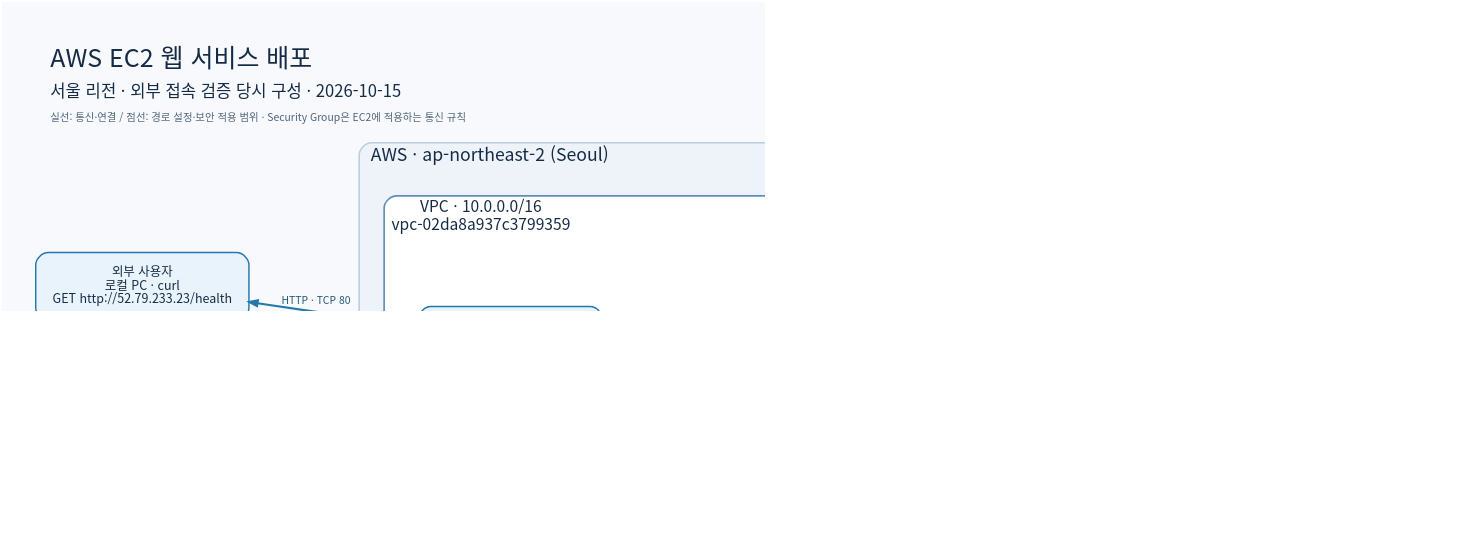
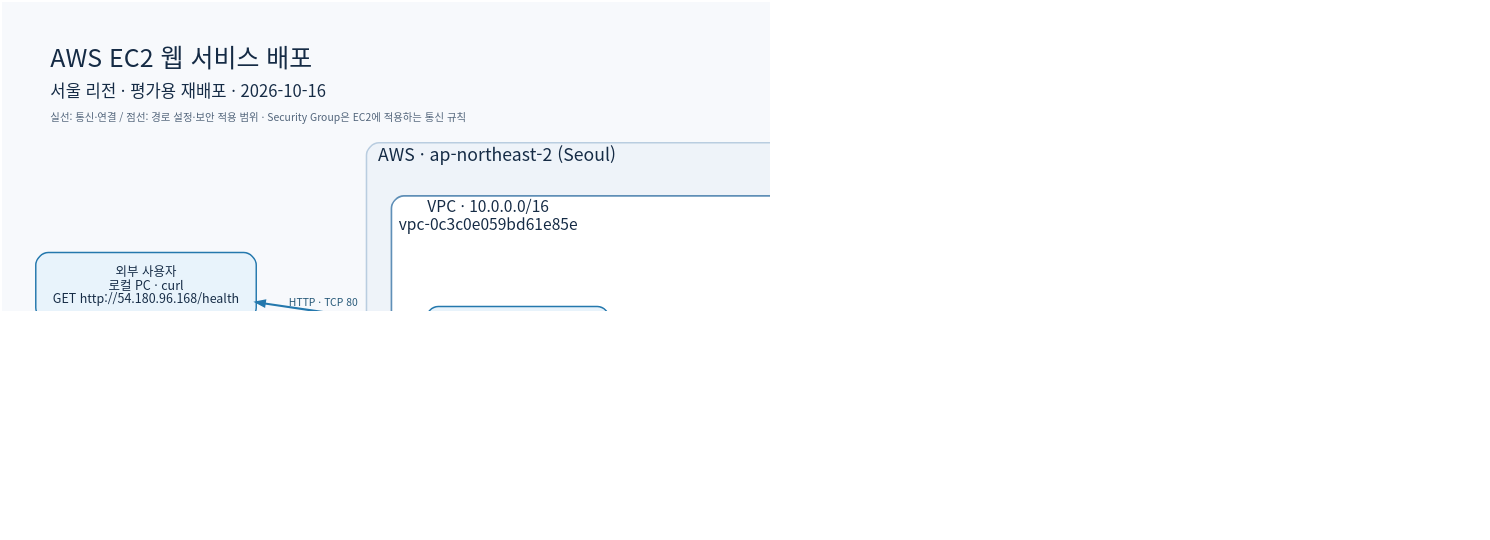
The diagram in docs/diagrams/architecture.dot (ikasoon/codyssey-b3-1), drawn with Graphviz before and after one commit. The commit also changed 8 other files, not shown here.

```diff
--- a/docs/diagrams/architecture.dot
+++ b/docs/diagrams/architecture.dot
@@ -1,56 +1,56 @@
 digraph Architecture {
   graph [
     rankdir=LR, bgcolor="#f7f9fc", pad="0.45", nodesep="0.55", ranksep="0.85",
     fontname="Noto Sans CJK KR", fontsize=24, fontcolor="#152b45", dpi=150,
     label=<
       <TABLE BORDER="0" CELLBORDER="0" CELLPADDING="4">
         <TR><TD ALIGN="LEFT"><FONT POINT-SIZE="24">AWS EC2 웹 서비스 배포</FONT></TD></TR>
-        <TR><TD ALIGN="LEFT"><FONT POINT-SIZE="16">서울 리전 · 외부 접속 검증 당시 구성 · 2026-10-15</FONT></TD></TR>
+        <TR><TD ALIGN="LEFT"><FONT POINT-SIZE="16">서울 리전 · 평가용 재배포 · 2026-10-16</FONT></TD></TR>
         <TR><TD ALIGN="LEFT"><FONT POINT-SIZE="10" COLOR="#51647a">실선: 통신·연결 / 점선: 경로 설정·보안 적용 범위 · Security Group은 EC2에 적용하는 통신 규칙</FONT></TD></TR>
       </TABLE>
     >,
     labelloc=t, labeljust=l, compound=true, splines=polyline
   ];
   node [shape=box, style="rounded,filled", fontname="Noto Sans CJK KR", fontsize=12,
     color="#bbcbdc", fillcolor=white, fontcolor="#152b45", margin="0.22,0.18", penwidth=1.4];
   edge [fontname="Noto Sans CJK KR", fontsize=10, color="#2478ad", fontcolor="#235676", penwidth=2, arrowsize=0.8];
 
-  client [label="외부 사용자\n로컬 PC · curl\nGET http://52.79.233.23/health", fillcolor="#e8f3fb", color="#2478ad"];
+  client [label="외부 사용자\n로컬 PC · curl\nGET http://54.180.96.168/health", fillcolor="#e8f3fb", color="#2478ad"];
   admin [label="학습자 PC\nSSH 개인 키 보관\n접속 소스: 학습자 공인 IP /32", fillcolor="#fff3e4", color="#c28533"];
 
   subgraph cluster_region {
     label="AWS · ap-northeast-2 (Seoul)"; fontsize=17;
     style="rounded,filled"; color="#b9cde0"; fillcolor="#eef3f9"; penwidth=1.5; margin=24;
 
     subgraph cluster_vpc {
-      label="VPC · 10.0.0.0/16\nvpc-02da8a937c3799359"; fontsize=15;
+      label="VPC · 10.0.0.0/16\nvpc-0c3c0e059bd61e85e"; fontsize=15;
       style="rounded,filled"; color="#5f8fb7"; fillcolor="#ffffff"; penwidth=1.6; margin=24;
 
-      igw [label="Internet Gateway\nigw-071f5b0ea58be0c33\nVPC 연결 · 인터넷 출입 경로", fillcolor="#e8f3fb", color="#2478ad"];
-      routes [label="Public Route Table\nrtb-06bc2d70e1478de6d\n10.0.0.0/16 → local\n0.0.0.0/0 → Internet Gateway\nSubnet 연결: associated", fillcolor="#f1edfb", color="#8e79b2"];
+      igw [label="Internet Gateway\nigw-02d48cd6b6b46bd3c\nVPC 연결 · 인터넷 출입 경로", fillcolor="#e8f3fb", color="#2478ad"];
+      routes [label="Public Route Table\nrtb-0a353ca4943b177b6\n10.0.0.0/16 → local\n0.0.0.0/0 → Internet Gateway\nSubnet 연결: associated", fillcolor="#f1edfb", color="#8e79b2"];
       {rank=same; igw; routes;}
 
       subgraph cluster_subnet {
-        label="Public Subnet · 10.0.1.0/24 · ap-northeast-2c\nsubnet-0994c241f09fecbb1"; fontsize=14;
+        label="Public Subnet · 10.0.1.0/24 · ap-northeast-2c\nsubnet-00f709c7a6e5b3b3e"; fontsize=14;
         style="rounded,filled"; color="#63a890"; fillcolor="#f2faf6"; margin=22;
 
         subgraph cluster_sg {
-          label="Security Group · sg-027c54d832f751fd6\nInbound: TCP 80 ← 0.0.0.0/0  |  TCP 22 ← 학습자 IP /32\nOutbound: 전체 → 0.0.0.0/0";
+          label="Security Group · sg-0a50708191321b557\nInbound: TCP 80 ← 0.0.0.0/0  |  TCP 22 ← 학습자 IP /32\nOutbound: 전체 → 0.0.0.0/0";
           fontsize=12; style="rounded,dashed"; color="#369b83"; penwidth=1.6; margin=22;
-          ec2 [label="EC2 · Nginx\ni-0e9ec3bf1dddb9edf\nAmazon Linux 2023 · t3.micro\nPublic IPv4: 52.79.233.23\nPrivate IPv4: 10.0.1.80\nGET /health → 200 OK · OK", fillcolor="#ffffff", color="#369b83", penwidth=2];
+          ec2 [label="EC2 · Nginx\ni-0fcd16407d5f5ede8\nAmazon Linux 2023 · t3.micro\nPublic IPv4: 54.180.96.168\nPrivate IPv4: 10.0.1.239\nGET /health → 200 OK · OK", fillcolor="#ffffff", color="#369b83", penwidth=2];
         }
       }
 
-      ebs [label="EBS 루트 볼륨\nvol-0a6a1d56710174f89\ngp3 · 8GiB\n인스턴스 종료 시 삭제", fillcolor="#fff4e5", color="#c38a3a"];
+      ebs [label="EBS 루트 볼륨\nvol-0975c0d2343cddc9a\ngp3 · 8GiB\n인스턴스 종료 시 삭제", fillcolor="#fff4e5", color="#c38a3a"];
     }
   }
 
   client -> igw [label="HTTP · TCP 80", dir=both];
   admin -> igw [label="SSH · TCP 22", color="#bf8438", fontcolor="#946323"];
   igw -> ec2 [label="퍼블릭 IPv4 ↔ 사설 IPv4\nSG 인바운드 규칙 적용", dir=both];
   ec2 -> ebs [label="루트 디스크", dir=none, color="#a88453", fontcolor="#87693f"];
   routes -> ec2 [label="Subnet에 적용되는 경로", style=dashed, color="#8e79b2", fontcolor="#745e9b", constraint=false];
   routes -> igw [label="기본 경로 대상", style=dashed, color="#8e79b2", fontcolor="#745e9b", constraint=false];
   {rank=same; client; admin;}
 
 }
```
